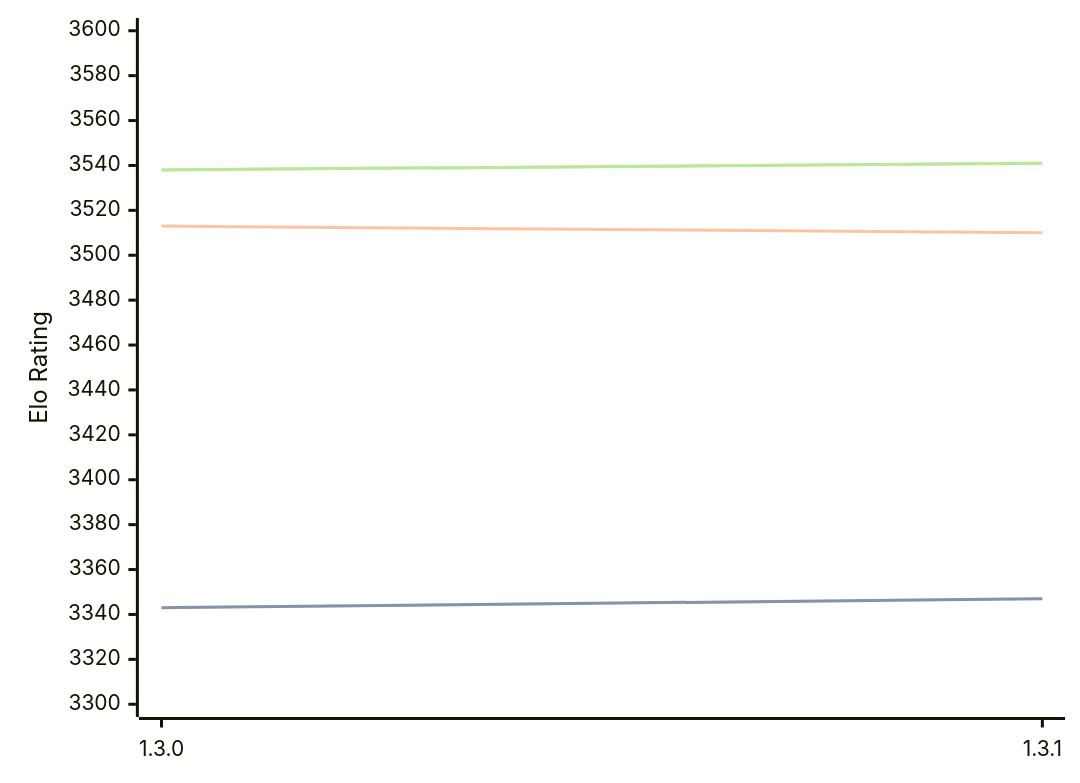
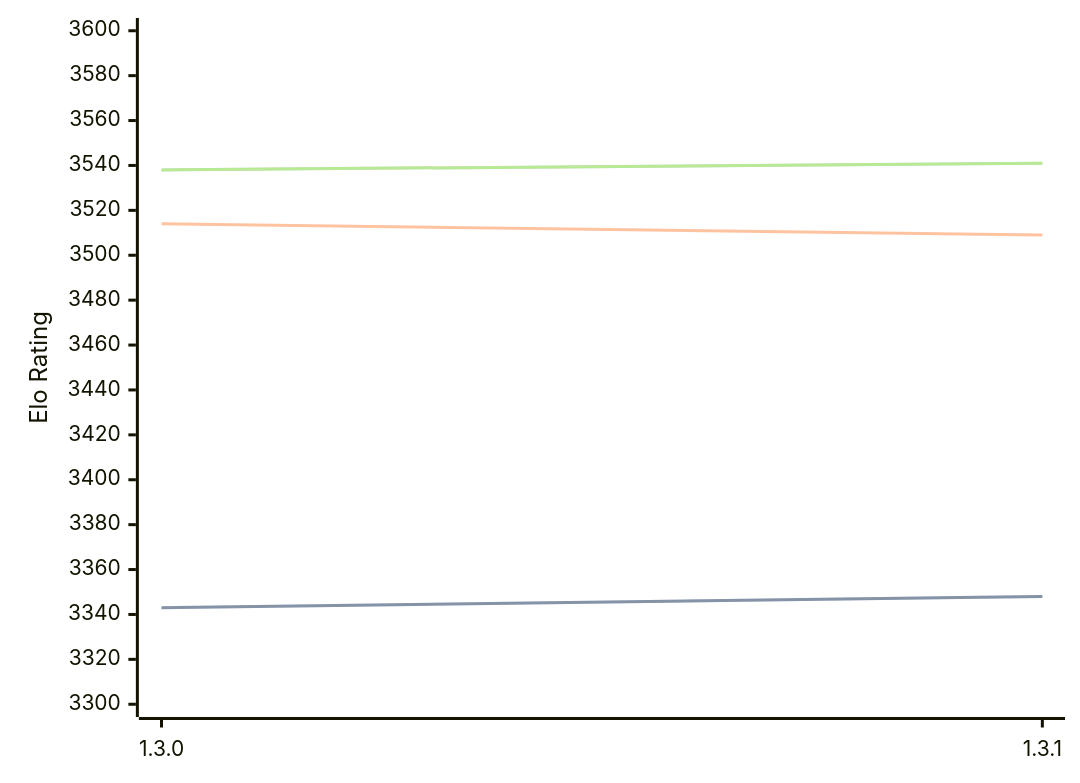
The diagram in engines/Renegade.md (computer-chess-index/cci), drawn with Mermaid before and after one commit. The commit also changed other lines of this file, not shown here.

````diff
--- a/engines/Renegade.md
+++ b/engines/Renegade.md
@@ -33,11 +33,11 @@
 ```mermaid
 %%{init: {"theme":"base","themeVariables":{"seriesColors:['#a3a3a3','#222221','#faa371']}}}%%
 xychart-beta
   x-axis ["1.3.0", "1.3.1"]
   y-axis "Elo Rating" 3300 --> 3600
-  line "" [3343, 3347]
-  line "STC (8.0+0.08s)" [3343, 3347]
-  line "LTC (60.0+0.60s)" [3513, 3510]
+  line "" [3343, 3348]
+  line "STC (8.0+0.08s)" [3343, 3348]
+  line "LTC (60.0+0.60s)" [3514, 3509]
   line "" [3538, 3541]
   line "VLTC (2m24s+1.12s)" [3538, 3541]
 ```
````
